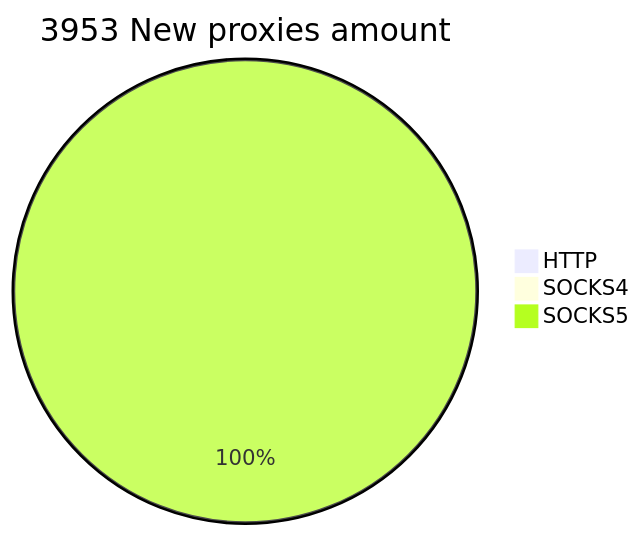
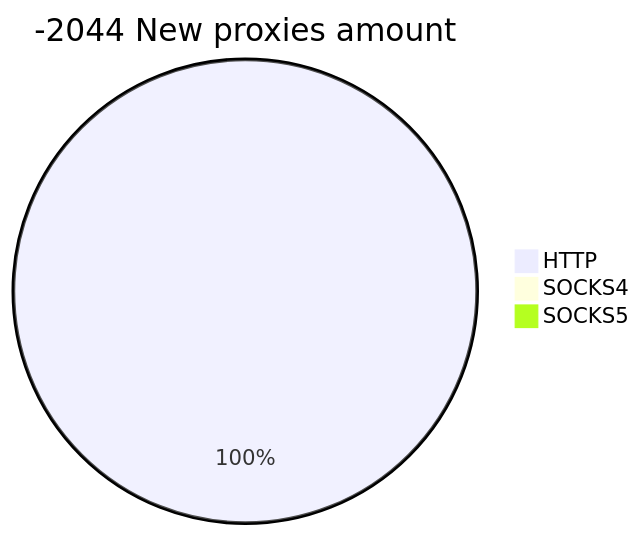
The second of 2 diagrams in README.md (cutipu/proxylist), drawn with Mermaid before and after one commit. The commit also changed other lines of this file, not shown here.

````diff
--- a/README.md
+++ b/README.md
@@ -10,6 +10,6 @@
 ```mermaid
-pie title 3953 New proxies amount
-    "HTTP" : 13
+pie title -2044 New proxies amount
+    "HTTP" : 120
     "SOCKS4" : 0
-    "SOCKS5" : 3957
+    "SOCKS5" : 0
 ```
````
